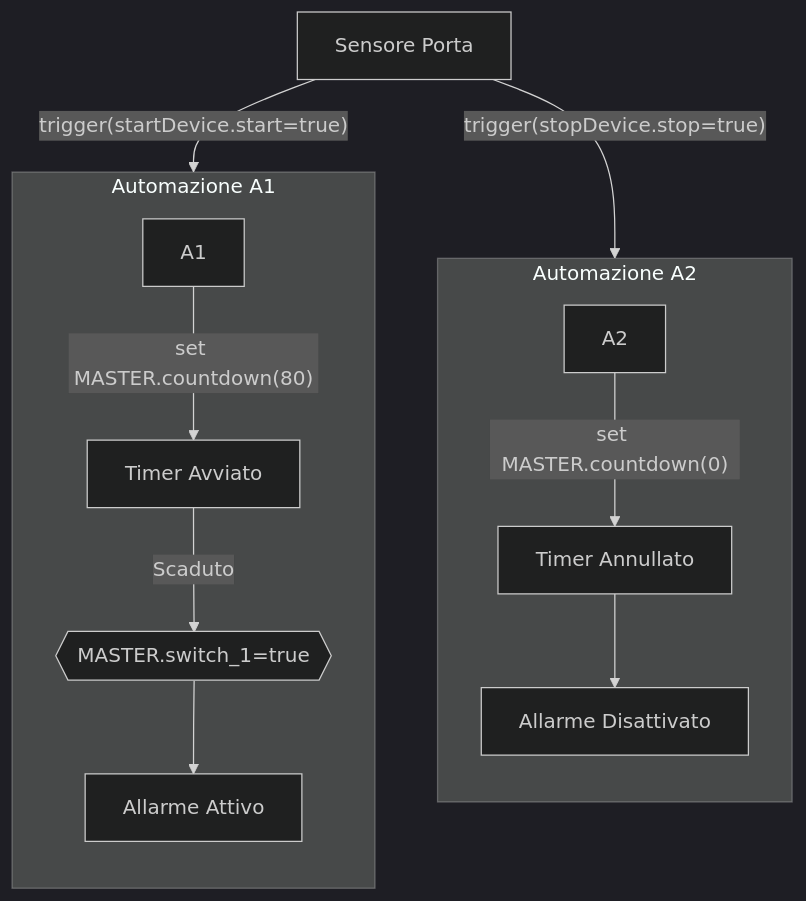
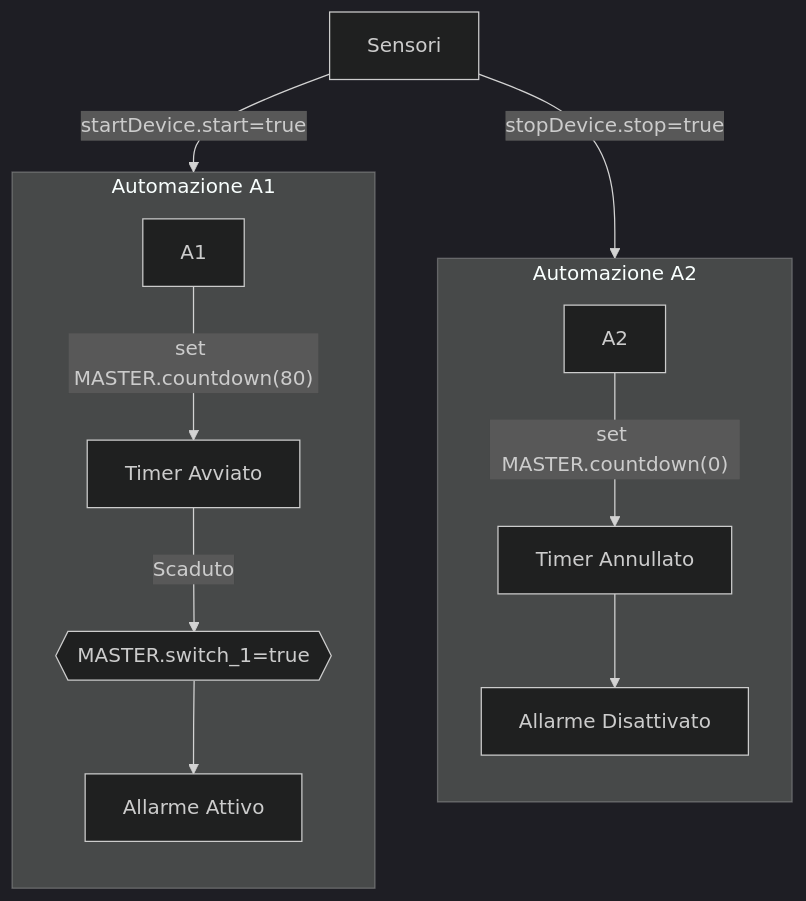
One commit to msillano/IoTwebUI changed the second of 2 diagrams in patterns/filter for short events.md. Above: the diagram before and after it, drawn with Mermaid (dark theme).

Commit message:
Update filter for short events.md

````diff
--- a/patterns/filter for short events.md
+++ b/patterns/filter for short events.md
@@ -110,16 +110,16 @@
 ```mermaid
 flowchart TD
 direction LR
-    A["Sensore Porta"] -->|"trigger(stopDevice.stop=true)"| A2
-    A["Sensore Porta"] -->|"trigger(startDevice.start=true)"| A1
+    A["Sensori"] -->|"stopDevice.stop=true"| A2
+    A["Sensori"] -->|"startDevice.start=true"| A1
     subgraph Automazione A2
         direction TB
         A2 -->|"set MASTER.countdown(0)"| E["Timer Annullato"] --> F["Allarme Disattivato"]
     end
    subgraph Automazione A1
         direction TB
         A1 -->|"set MASTER.countdown(80)"| B["Timer Avviato"]
         B -->|Scaduto| C{{"MASTER.switch_1=true"}} --> D["Allarme Attivo"]
    end
 
 ```
````
